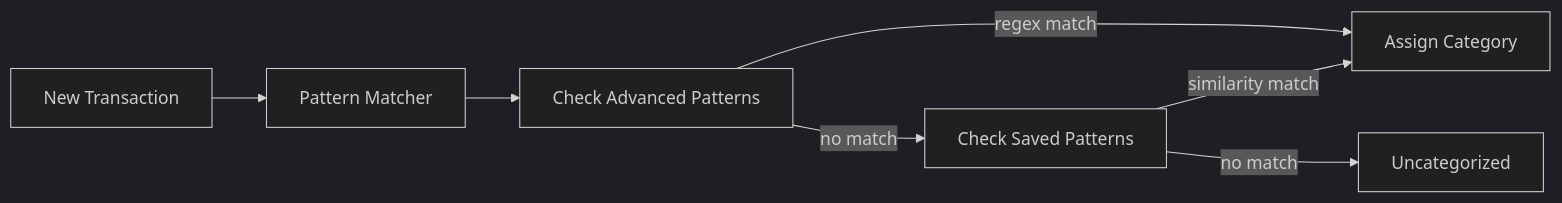
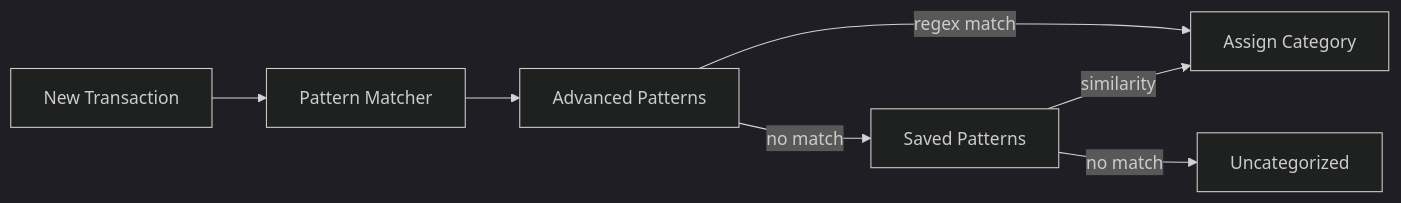
The fifth of 5 diagrams in docs/architecture.md (lucastamoios/celeiro), drawn with Mermaid (dark theme) before and after one commit. The commit also changed other lines of this file and 36 other files, not shown here.

````diff
--- a/docs/architecture.md
+++ b/docs/architecture.md
@@ -169,9 +100,9 @@
 ```mermaid
 flowchart LR
     TX[New Transaction] --> PM[Pattern Matcher]
-    PM --> AP[Check Advanced Patterns]
+    PM --> AP[Advanced Patterns]
     AP -->|regex match| CAT[Assign Category]
-    AP -->|no match| SP[Check Saved Patterns]
-    SP -->|similarity match| CAT
+    AP -->|no match| SP[Saved Patterns]
+    SP -->|similarity| CAT
     SP -->|no match| UC[Uncategorized]
 ```
````
